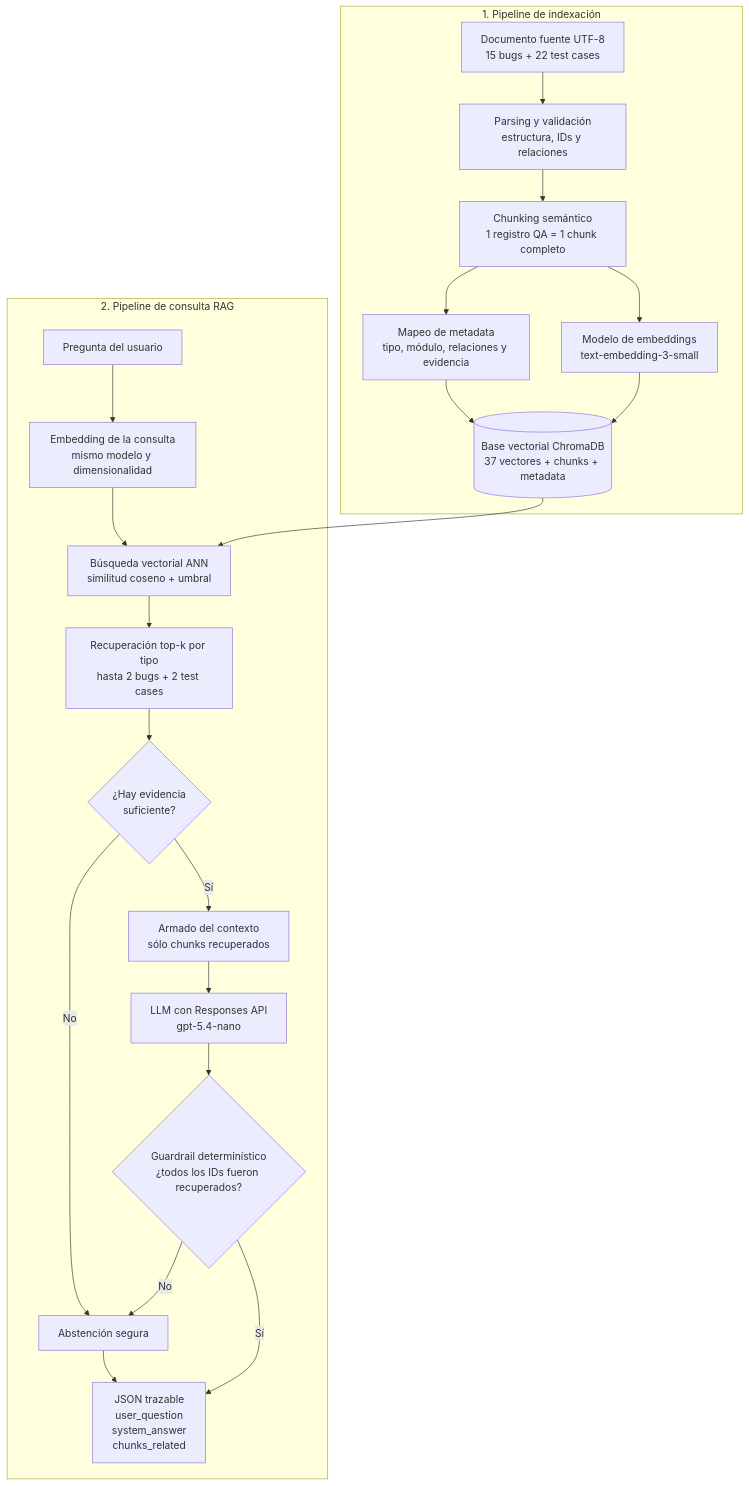
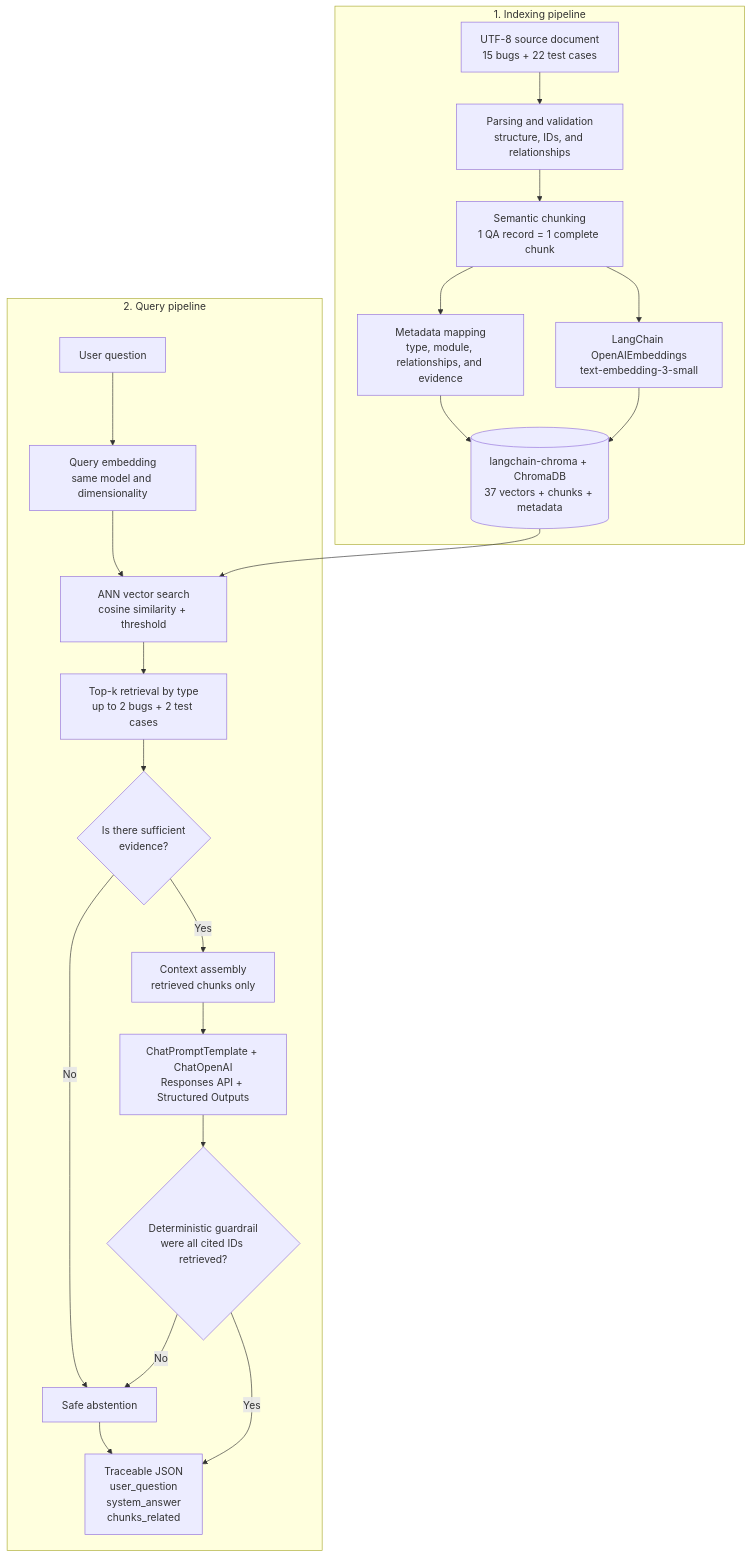
Before and after one commit to lucasvacis87/qa-memory-rag: the diagram in README.md, drawn with Mermaid. The commit also changed other lines of this file and 10 other files, not shown here.

````diff
--- a/README.md
+++ b/README.md
@@ -23,37 +23,37 @@
 ```mermaid
 flowchart TD
-    subgraph INDEX["1. Pipeline de indexación"]
-        A["Documento fuente UTF-8<br/>15 bugs + 22 test cases"]
-        B["Parsing y validación<br/>estructura, IDs y relaciones"]
-        C["Chunking semántico<br/>1 registro QA = 1 chunk completo"]
-        D["Mapeo de metadata<br/>tipo, módulo, relaciones y evidencia"]
-        E["Modelo de embeddings<br/>text-embedding-3-small"]
-        F[("Base vectorial ChromaDB<br/>37 vectores + chunks + metadata")]
+    subgraph INDEX["1. Indexing pipeline"]
+        A["UTF-8 source document<br/>15 bugs + 22 test cases"]
+        B["Parsing and validation<br/>structure, IDs, and relationships"]
+        C["Semantic chunking<br/>1 QA record = 1 complete chunk"]
+        D["Metadata mapping<br/>type, module, relationships, and evidence"]
+        E["LangChain OpenAIEmbeddings<br/>text-embedding-3-small"]
+        F[("langchain-chroma + ChromaDB<br/>37 vectors + chunks + metadata")]
 
         A --> B --> C --> D
         C --> E
         D --> F
         E --> F
     end
 
-    subgraph QUERY["2. Pipeline de consulta RAG"]
-        G["Pregunta del usuario"]
-        H["Embedding de la consulta<br/>mismo modelo y dimensionalidad"]
-        I["Búsqueda vectorial ANN<br/>similitud coseno + umbral"]
-        J["Recuperación top-k por tipo<br/>hasta 2 bugs + 2 test cases"]
-        K{"¿Hay evidencia<br/>suficiente?"}
-        L["Armado del contexto<br/>sólo chunks recuperados"]
-        M["LLM con Responses API<br/>gpt-5.4-nano"]
-        N{"Guardrail determinístico<br/>¿todos los IDs fueron recuperados?"}
-        O["JSON trazable<br/>user_question<br/>system_answer<br/>chunks_related"]
-        P["Abstención segura"]
+    subgraph QUERY["2. Query pipeline"]
+        G["User question"]
+        H["Query embedding<br/>same model and dimensionality"]
+        I["ANN vector search<br/>cosine similarity + threshold"]
+        J["Top-k retrieval by type<br/>up to 2 bugs + 2 test cases"]
+        K{"Is there sufficient<br/>evidence?"}
+        L["Context assembly<br/>retrieved chunks only"]
+        M["ChatPromptTemplate + ChatOpenAI<br/>Responses API + Structured Outputs"]
+        N{"Deterministic guardrail<br/>were all cited IDs retrieved?"}
+        O["Traceable JSON<br/>user_question<br/>system_answer<br/>chunks_related"]
+        P["Safe abstention"]
 
         G --> H --> I --> J --> K
-        K -- Sí --> L --> M --> N
+        K -- Yes --> L --> M --> N
         K -- No --> P --> O
-        N -- Sí --> O
+        N -- Yes --> O
         N -- No --> P
     end
 
     F --> I
 ```
````
